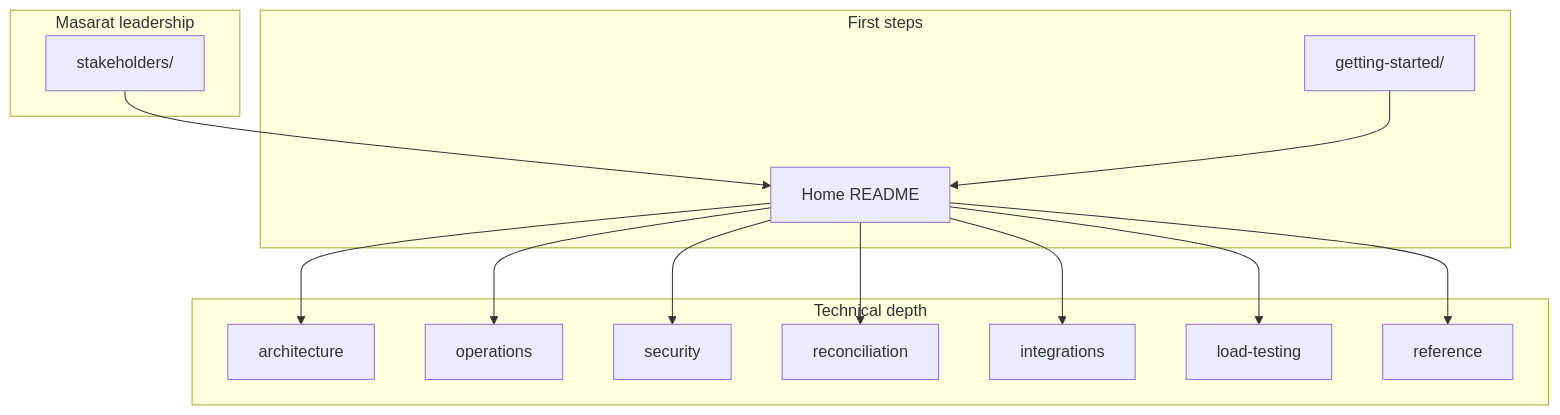
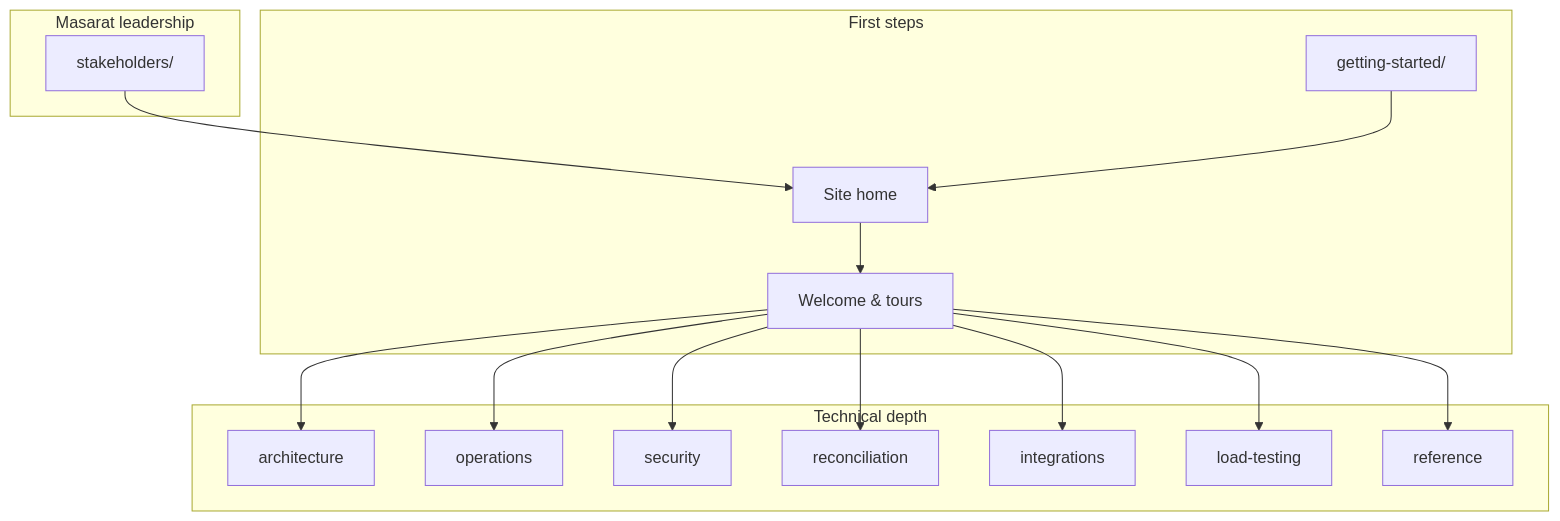
One commit to anstwechy/mitf_wallet_public_docs changed the second of 2 diagrams in docs/getting-started/welcome.md. Above: the diagram before and after it, drawn with Mermaid. The commit also changed other lines of this file and 8 other files, not shown here.

Commit message:
docs: make site home a Masarat landing; route technical depth via Welcome

````diff
--- a/docs/getting-started/welcome.md
+++ b/docs/getting-started/welcome.md
@@ -55,31 +55,33 @@
 ```mermaid
 flowchart TB
   subgraph lead["Masarat leadership"]
     ST[stakeholders/]
   end
 
   subgraph start["First steps"]
     GS[getting-started/]
-    H[Home README]
+    SH[Site home]
+    W[Welcome & tours]
   end
 
   subgraph depth["Technical depth"]
     A[architecture]
     O[operations]
     S[security]
     RC[reconciliation]
     I[integrations]
     L[load-testing]
     R[reference]
   end
 
-  ST --> H
-  GS --> H
-  H --> A
-  H --> O
-  H --> S
-  H --> RC
-  H --> I
-  H --> L
-  H --> R
+  ST --> SH
+  GS --> SH
+  SH --> W
+  W --> A
+  W --> O
+  W --> S
+  W --> RC
+  W --> I
+  W --> L
+  W --> R
 ```
````
